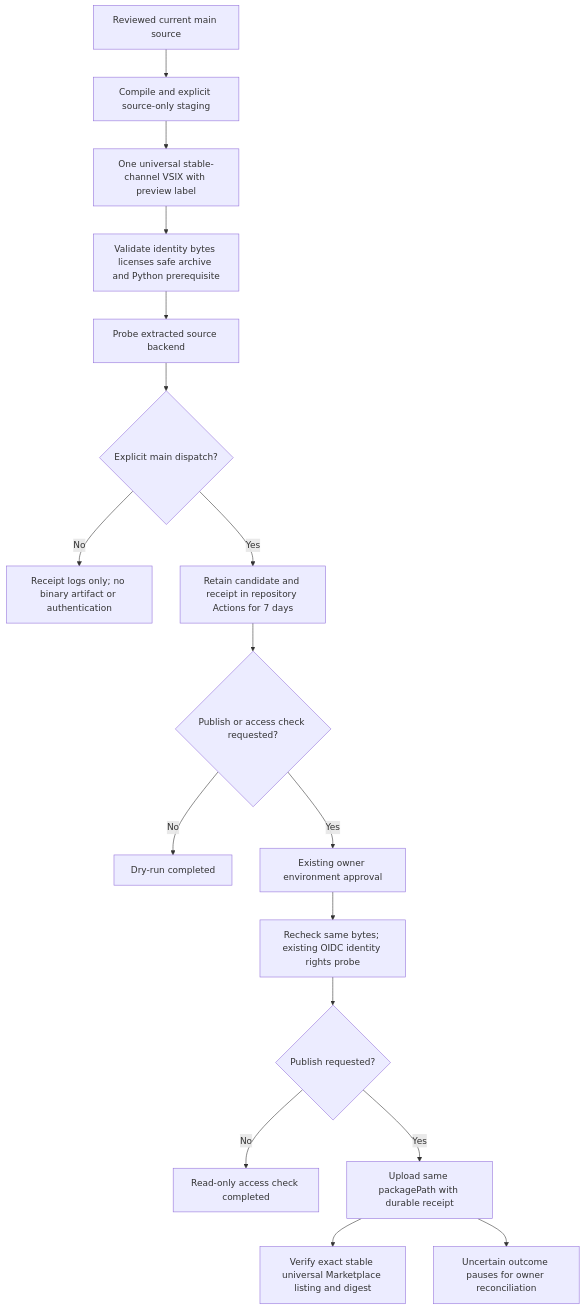
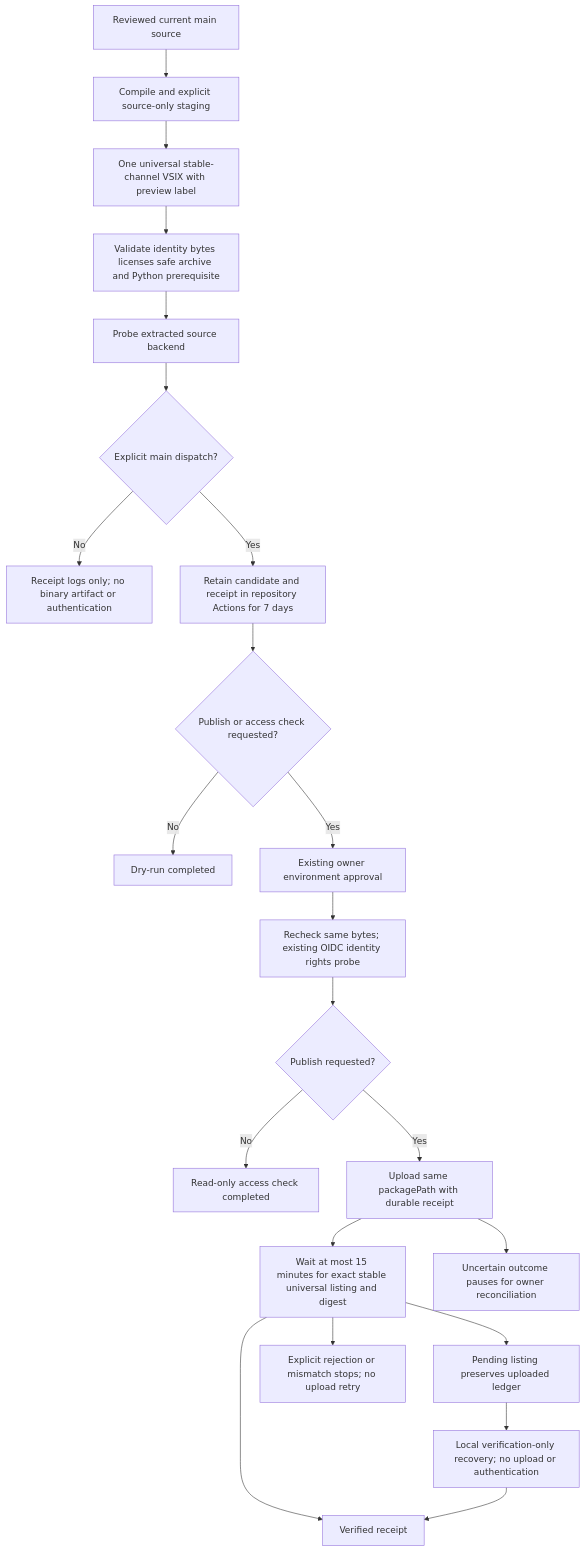
One commit to KrishnendraPrakash/thread changed the diagram in docs/source-vsix-upload.mmd. Above: the diagram before and after it, drawn with Mermaid. The commit also changed 10 other files, not shown here.

```diff
--- a/docs/source-vsix-upload.mmd
+++ b/docs/source-vsix-upload.mmd
@@ -1,17 +1,22 @@
 flowchart TD
     A[Reviewed current main source] --> B[Compile and explicit source-only staging]
     B --> C[One universal stable-channel VSIX with preview label]
     C --> D[Validate identity bytes licenses safe archive and Python prerequisite]
     D --> E[Probe extracted source backend]
     E --> F{Explicit main dispatch?}
     F -->|No| G[Receipt logs only; no binary artifact or authentication]
     F -->|Yes| H[Retain candidate and receipt in repository Actions for 7 days]
     H --> I{Publish or access check requested?}
     I -->|No| J[Dry-run completed]
     I -->|Yes| K[Existing owner environment approval]
     K --> L[Recheck same bytes; existing OIDC identity rights probe]
     L --> M{Publish requested?}
     M -->|No| N[Read-only access check completed]
     M -->|Yes| O[Upload same packagePath with durable receipt]
-    O --> P[Verify exact stable universal Marketplace listing and digest]
+    O --> P[Wait at most 15 minutes for exact stable universal listing and digest]
+    P --> R[Verified receipt]
+    P --> S[Pending listing preserves uploaded ledger]
+    S --> T[Local verification-only recovery; no upload or authentication]
+    T --> R
+    P --> U[Explicit rejection or mismatch stops; no upload retry]
     O --> Q[Uncertain outcome pauses for owner reconciliation]
```
